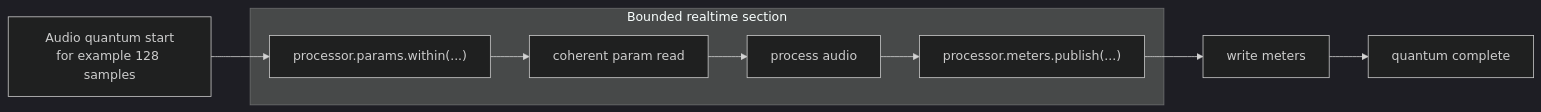
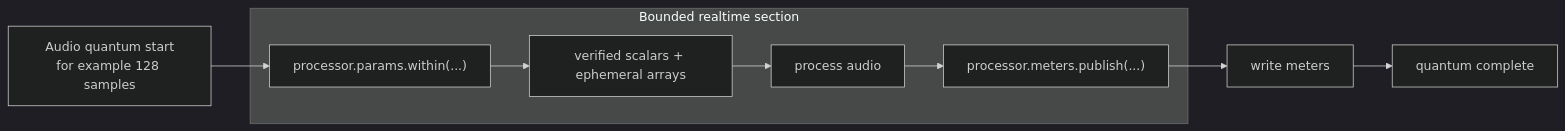
The diagram in apps/docs/src/roles.md (maikeleckelboom/exclave-seqlok), drawn with Mermaid (dark theme) before and after one commit. The commit also changed other lines of this file and 33 other files, not shown here.

````diff
--- a/apps/docs/src/roles.md
+++ b/apps/docs/src/roles.md
@@ -46,24 +48,24 @@
 ```mermaid
 flowchart LR
   tick["Audio quantum start<br/>for example 128 samples"]
   within["processor.params.within(...)"]
-  read["coherent param read"]
+  read["verified scalars + ephemeral arrays"]
   process["process audio"]
   publish["processor.meters.publish(...)"]
   write["write meters"]
   done["quantum complete"]
 
   tick --> within
   within --> read
   read --> process
   process --> publish
   publish --> write
   write --> done
 
   subgraph bounded["Bounded realtime section"]
     within
     read
     process
     publish
   end
 ```
````
